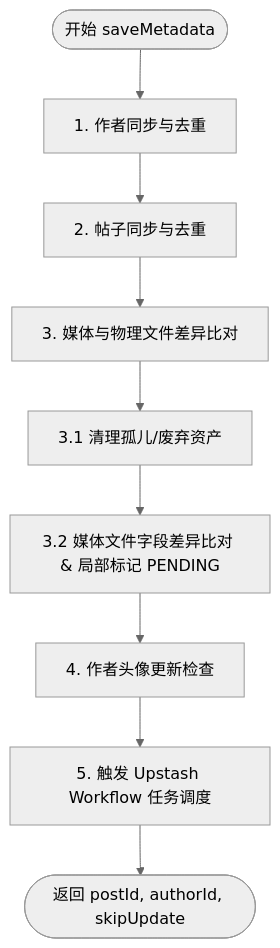
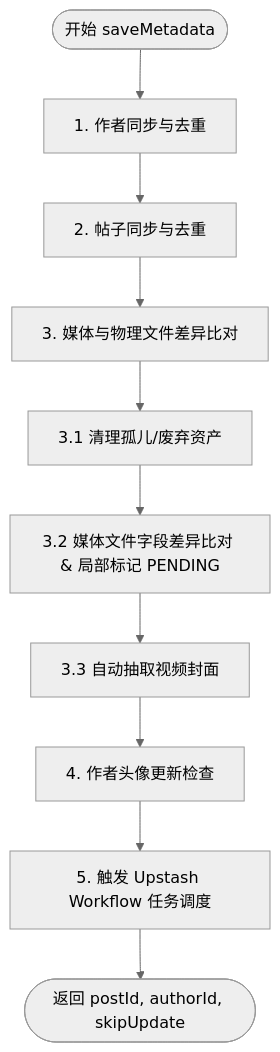
One commit to stariverr/stationary changed the diagram in docs/save_metadata_flow.zh-Hans.md. Above: the diagram before and after it, drawn with Mermaid (neutral theme). The commit also changed other lines of this file and 51 other files, not shown here.

Commit message:
feat(media,ui,api): implement video thumbnail extraction, context menu system, and optimize response schema

````diff
--- a/docs/save_metadata_flow.zh-Hans.md
+++ b/docs/save_metadata_flow.zh-Hans.md
@@ -19,11 +19,12 @@
 ```mermaid
 graph TD
     Start([开始 saveMetadata]) --> Step1[1. 作者同步与去重]
     Step1 --> Step2[2. 帖子同步与去重]
     Step2 --> Step3[3. 媒体与物理文件差异比对]
     Step3 --> Step3_1[3.1 清理孤儿/废弃资产]
     Step3_1 --> Step3_2[3.2 媒体文件字段差异比对 & 局部标记 PENDING]
-    Step3_2 --> Step4[4. 作者头像更新检查]
+    Step3_2 --> Step3_3[3.3 自动抽取视频封面]
+    Step3_3 --> Step4[4. 作者头像更新检查]
     Step4 --> Step5[5. 触发 Upstash Workflow 任务调度]
     Step5 --> End([返回 postId, authorId, skipUpdate])
 ```
````
